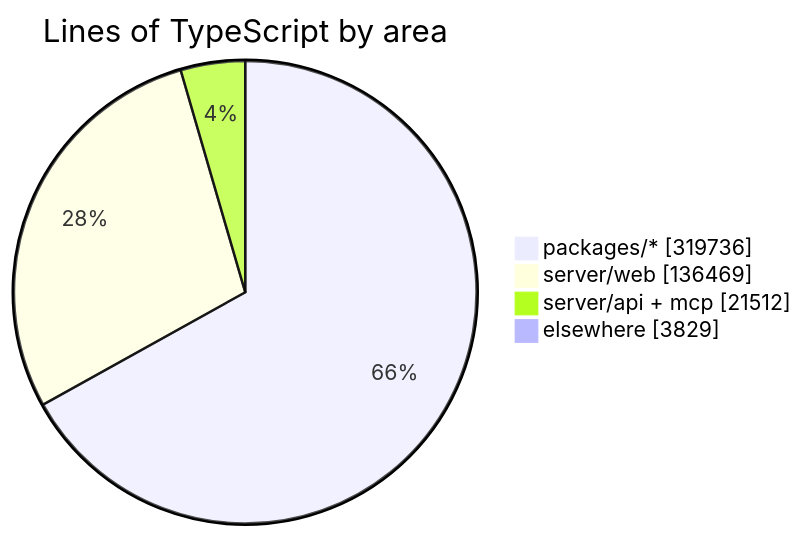
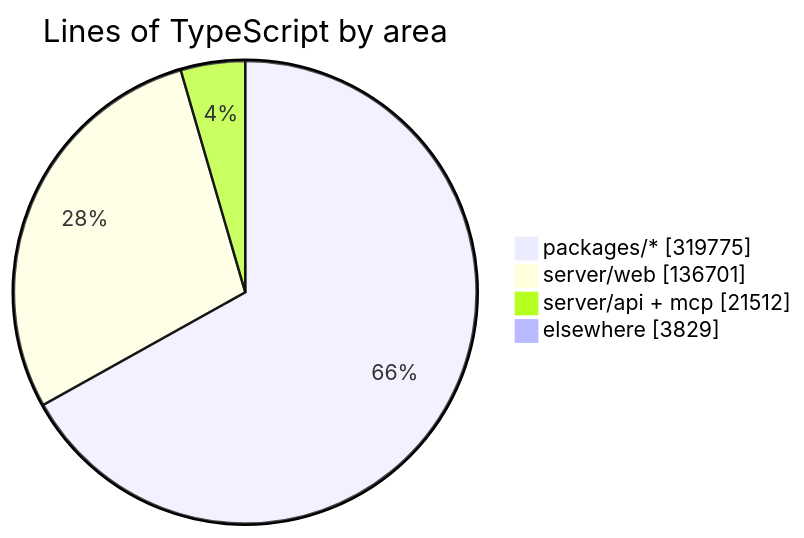
The diagram in README.md (crossworks-engineering/mantle), drawn with Mermaid before and after one commit. The commit also changed other lines of this file and 2 other files, not shown here.

````diff
--- a/README.md
+++ b/README.md
@@ -294,7 +294,7 @@
 ```mermaid
 pie showData title Lines of TypeScript by area
-    "packages/*" : 319736
-    "server/web" : 136469
+    "packages/*" : 319775
+    "server/web" : 136701
     "server/api + mcp" : 21512
     "elsewhere" : 3829
 ```
````
